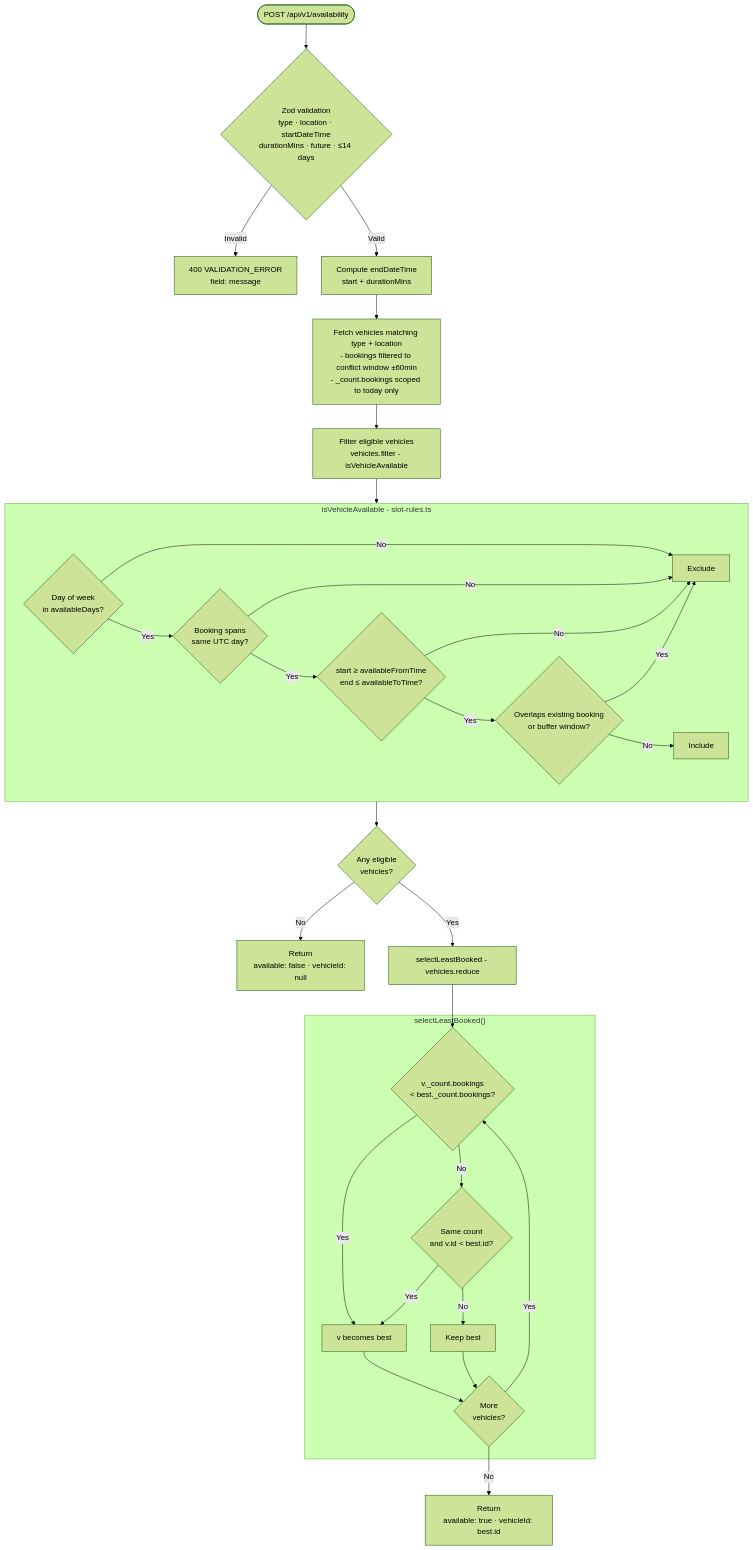
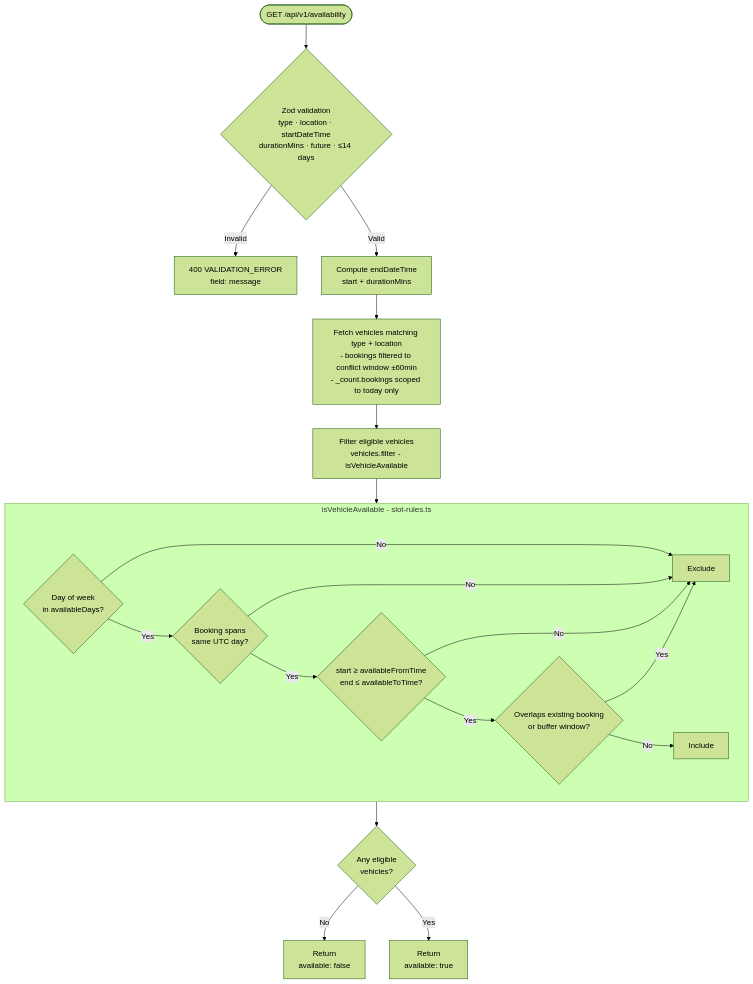
Before and after one commit to PrabhuKathiresan/nevo-test-drive-service: the first of 3 diagrams in docs/lld.md, drawn with Mermaid (forest theme). The commit also changed other lines of this file and 4 other files, not shown here.

Commit message:
docs: update all docs to reflect GET availability and backend vehicle assignment

````diff
--- a/docs/lld.md
+++ b/docs/lld.md
@@ -9,37 +9,24 @@
 ```mermaid
 flowchart TD
-    A([POST /api/v1/availability]) --> B{Zod validation\ntype · location · startDateTime\ndurationMins · future · ≤14 days}
+    A([GET /api/v1/availability]) --> B{Zod validation\ntype · location · startDateTime\ndurationMins · future · ≤14 days}
     B -->|Invalid| C[400 VALIDATION_ERROR\nfield: message]
     B -->|Valid| D[Compute endDateTime\nstart + durationMins]
     D --> E["Fetch vehicles matching type + location\n- bookings filtered to conflict window ±60min\n- _count.bookings scoped to today only"]
     E --> F["Filter eligible vehicles\nvehicles.filter - isVehicleAvailable"]
 
     subgraph SlotRules["isVehicleAvailable - slot-rules.ts"]
         G{Day of week\nin availableDays?} -->|No| H[Exclude]
         G -->|Yes| I{Booking spans\nsame UTC day?}
         I -->|No| H
         I -->|Yes| J{start ≥ availableFromTime\nend ≤ availableToTime?}
         J -->|No| H
         J -->|Yes| K{Overlaps existing booking\nor buffer window?}
         K -->|Yes| H
         K -->|No| L[Include]
     end
 
     F --> SlotRules
     SlotRules --> N{Any eligible\nvehicles?}
-    N -->|No| O[Return\navailable: false · vehicleId: null]
-    N -->|Yes| P["selectLeastBooked - vehicles.reduce"]
-
-    subgraph LeastBooked["selectLeastBooked()"]
-        P1{v._count.bookings\n< best._count.bookings?} -->|Yes| P2[v becomes best]
-        P1 -->|No| P3{Same count\nand v.id < best.id?}
-        P3 -->|Yes| P2
-        P3 -->|No| P4[Keep best]
-        P2 --> P5{More\nvehicles?}
-        P4 --> P5
-        P5 -->|Yes| P1
-    end
-
-    P --> P1
-    P5 -->|No| Q[Return\navailable: true · vehicleId: best.id]
+    N -->|No| O[Return\navailable: false]
+    N -->|Yes| Q[Return\navailable: true]
 ```
````
